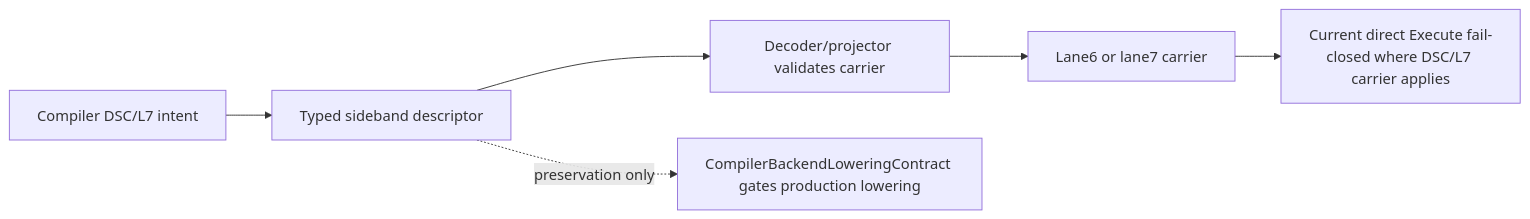
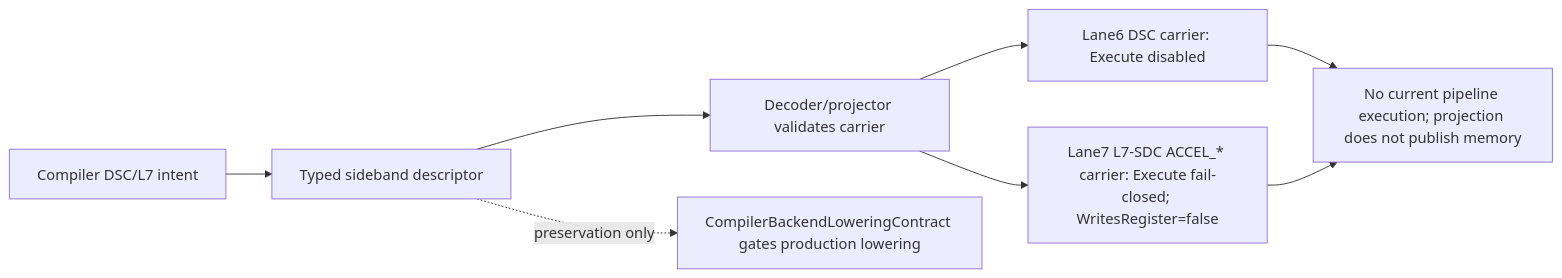
One commit to yuriyyak23/HybridCPU-v2 changed the fifth of 15 diagrams in README.md. Above: the diagram before and after it, drawn with Mermaid. The commit also changed other lines of this file, not shown here.

First line of the commit message:
Enhance README with updated lane and component details

````diff
--- a/README.md
+++ b/README.md
@@ -408,8 +418,10 @@
 ```mermaid
 flowchart LR
     IR["Compiler DSC/L7 intent"] --> SIDE["Typed sideband descriptor"]
     SIDE --> DEC["Decoder/projector validates carrier"]
-    DEC --> CARR["Lane6 or lane7 carrier"]
-    CARR --> CLOSED["Current direct Execute fail-closed where DSC/L7 carrier applies"]
+    DEC --> DSC["Lane6 DSC carrier: Execute disabled"]
+    DEC --> L7["Lane7 L7-SDC ACCEL_* carrier: Execute fail-closed; WritesRegister=false"]
+    DSC --> CLOSED["No current pipeline execution; projection does not publish memory"]
+    L7 --> CLOSED
     SIDE -. "preservation only" .-> GATE["CompilerBackendLoweringContract gates production lowering"]
 ```
````
